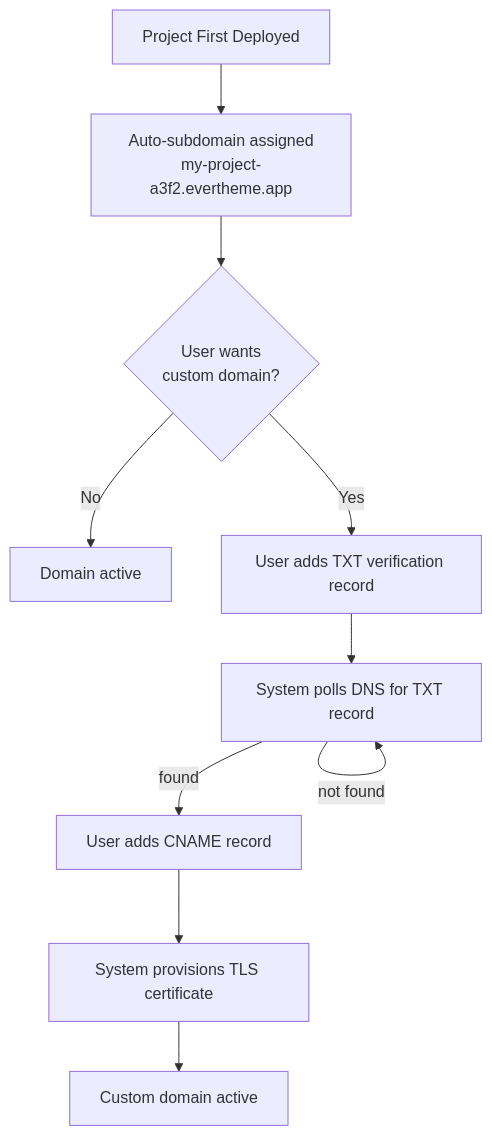
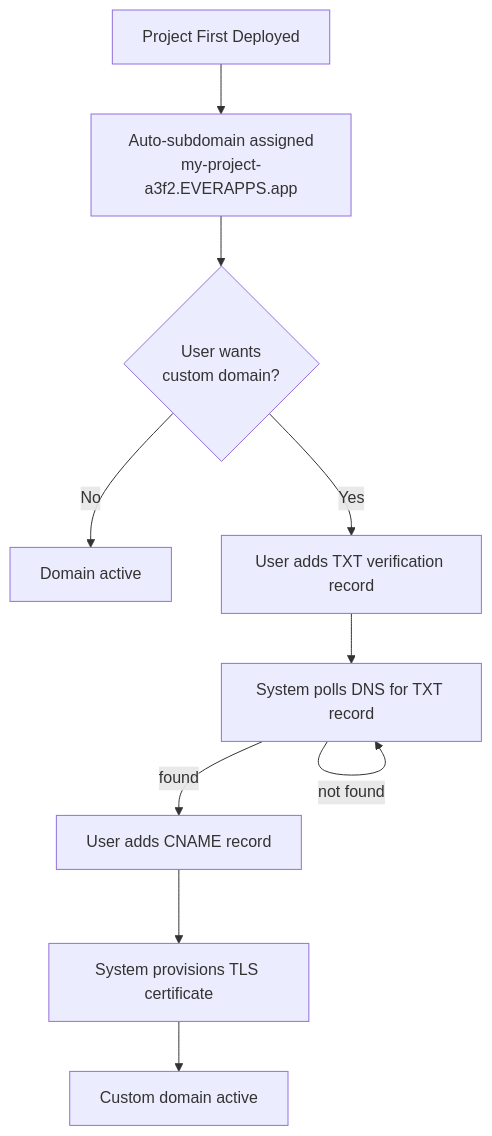
One commit to kevincrawford/evertheme-project changed the third of 5 diagrams in docs/future-enhancements.md. Above: the diagram before and after it, drawn with Mermaid. The commit also changed other lines of this file and 25 other files, not shown here.

````diff
--- a/docs/future-enhancements.md
+++ b/docs/future-enhancements.md
@@ -446,12 +446,12 @@
 ```mermaid
 flowchart TD
-  projectDeployed["Project First Deployed"] --> autoSubdomain["Auto-subdomain assigned\nmy-project-a3f2.evertheme.app"]
+  projectDeployed["Project First Deployed"] --> autoSubdomain["Auto-subdomain assigned\nmy-project-a3f2.EVERAPPS.app"]
   autoSubdomain --> optCustom{"User wants\ncustom domain?"}
   optCustom -->|No| done["Domain active"]
   optCustom -->|Yes| addTxt["User adds TXT verification record"]
   addTxt --> dnsCheck["System polls DNS for TXT record"]
   dnsCheck -->|not found| dnsCheck
   dnsCheck -->|found| addCname["User adds CNAME record"]
   addCname --> tlsProvision["System provisions TLS certificate"]
   tlsProvision --> customActive["Custom domain active"]
 ```
````
